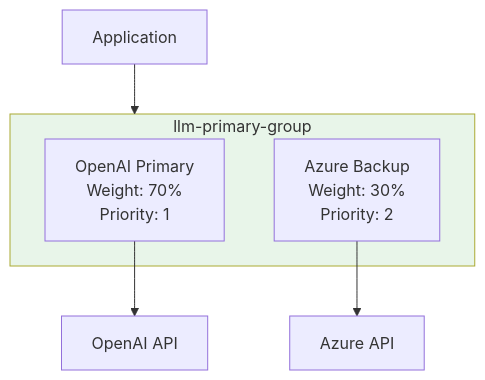
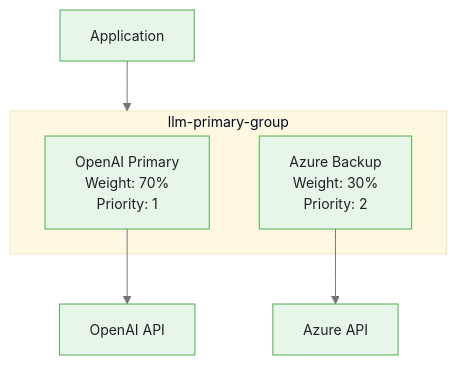
The second of 4 diagrams in courses/dataiku-genai/modules/module_00_llm_mesh/guides/02_model_connections_slides.md (m-deane/course-creator), drawn with Mermaid before and after one commit. The commit also changed other lines of this file and 54 other files, not shown here.

````diff
--- a/courses/dataiku-genai/modules/module_00_llm_mesh/guides/02_model_connections_slides.md
+++ b/courses/dataiku-genai/modules/module_00_llm_mesh/guides/02_model_connections_slides.md
@@ -277,14 +278,13 @@
 ```mermaid
+%%{init: {"theme": "base", "themeVariables": {"primaryColor": "#e8f5e9", "primaryBorderColor": "#4caf50", "primaryTextColor": "#212121", "secondaryColor": "#e3f2fd", "tertiaryColor": "#fff8e1", "lineColor": "#757575", "fontFamily": "Inter, sans-serif", "fontSize": "14px"}}}%%
 graph TB
     App[Application] --> CG[Connection Group]
 
     subgraph CG[llm-primary-group]
         P[OpenAI Primary<br/>Weight: 70%<br/>Priority: 1]
         B[Azure Backup<br/>Weight: 30%<br/>Priority: 2]
     end
 
     P --> OAI[OpenAI API]
     B --> AZR[Azure API]
-
-    style CG fill:#e8f5e9
 ```
````
